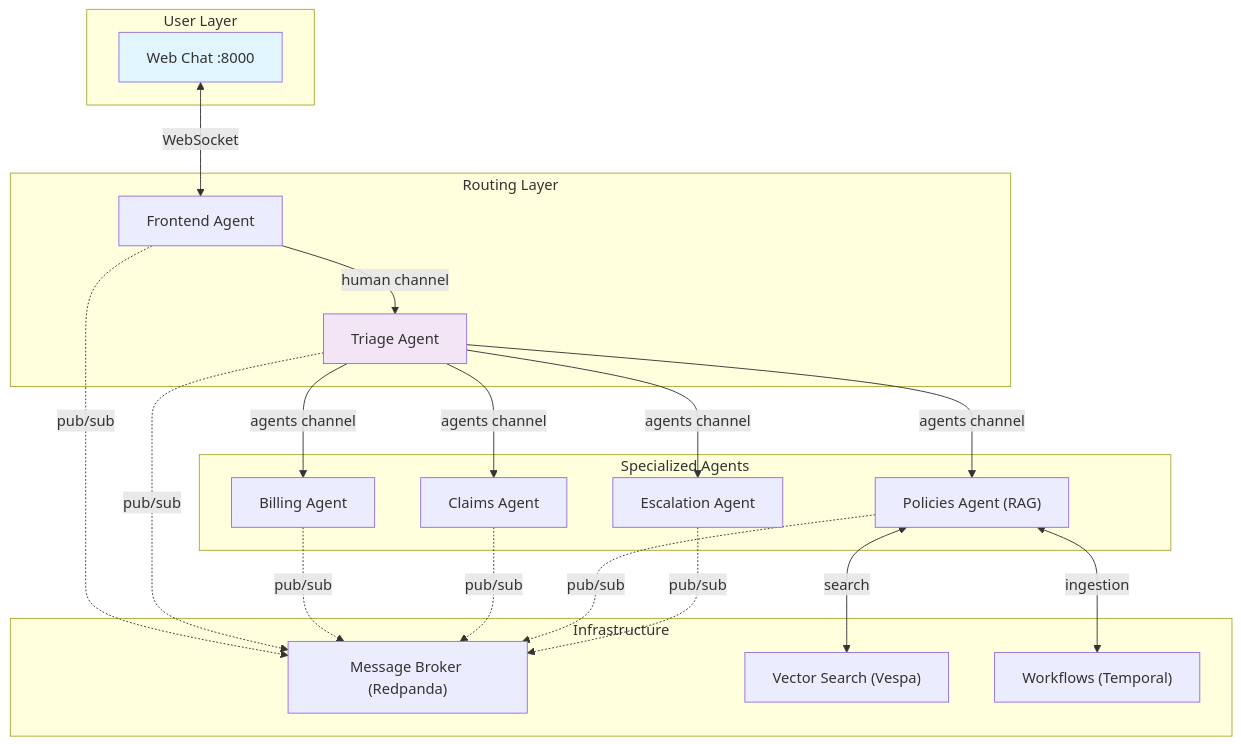
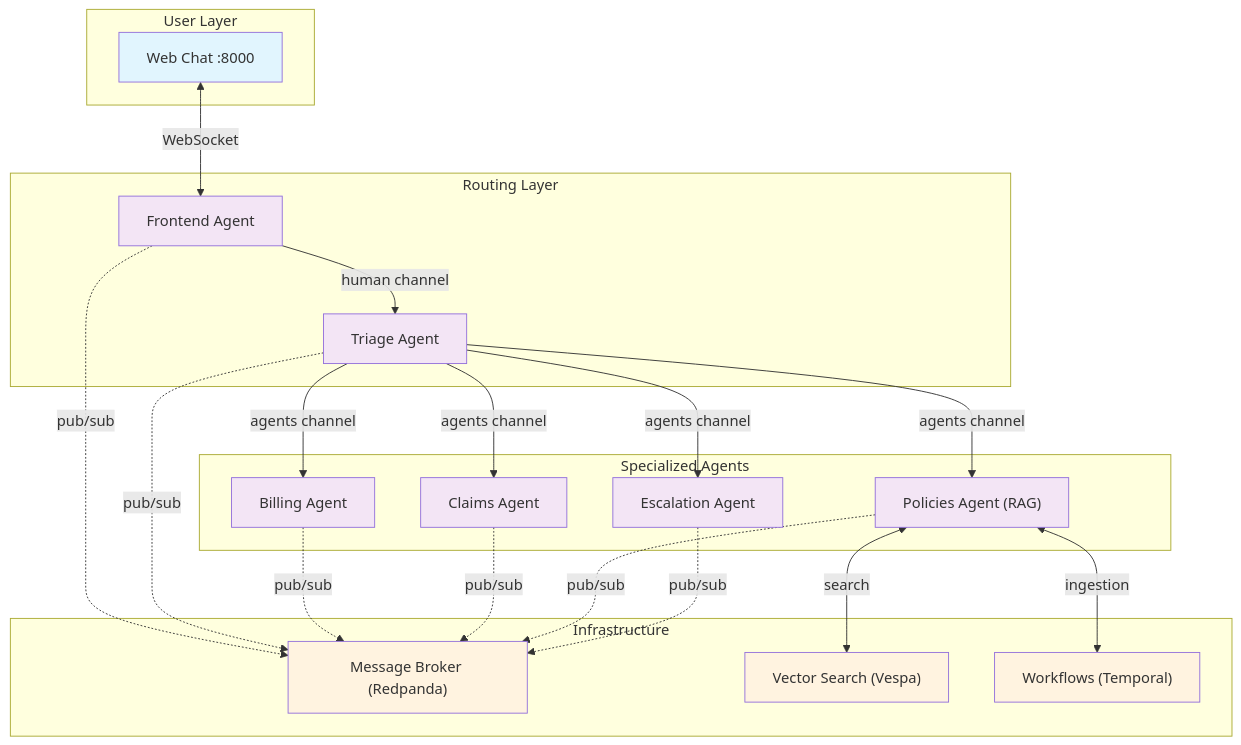
One commit to eggai-tech/eggai-demo changed the diagram in docs/system-architecture.md. Above: the diagram before and after it, drawn with Mermaid. The commit also changed 2 other files, not shown here.

Commit message:
Add CloudEvents and OTel GenAI semantic conventions references to docs
- Document CloudEvents message protocol with full message structure
- Add link to OpenTelemetry GenAI semantic conventions specification
- Standardize diagram colors: agents (purple), infrastructure (orange)

````diff
--- a/docs/system-architecture.md
+++ b/docs/system-architecture.md
@@ -10,35 +10,43 @@
 ```mermaid
 graph TB
     subgraph "User Layer"
         UI[Web Chat :8000]
     end
     
     subgraph "Routing Layer"
         WS[Frontend Agent]
         TR[Triage Agent]
     end
     
     subgraph "Specialized Agents"
         BI[Billing Agent]
         CL[Claims Agent]
         PO["Policies Agent (RAG)"]
         ES[Escalation Agent]
     end
 
     subgraph "Infrastructure"
         RP["Message Broker (Redpanda)"]
         VE["Vector Search (Vespa)"]
         TE["Workflows (Temporal)"]
     end
     
     UI <-->|WebSocket| WS
     WS -->|human channel| TR
     TR -->|agents channel| BI & CL & PO & ES
     
     WS & TR & BI & CL & PO & ES -.->|pub/sub| RP
     PO <-->|search| VE
     PO <-->|ingestion| TE
 
     style UI fill:#e1f5fe
+    style WS fill:#f3e5f5
     style TR fill:#f3e5f5
+    style BI fill:#f3e5f5
+    style CL fill:#f3e5f5
+    style PO fill:#f3e5f5
+    style ES fill:#f3e5f5
+    style RP fill:#fff3e0
+    style VE fill:#fff3e0
+    style TE fill:#fff3e0
 ```
````
